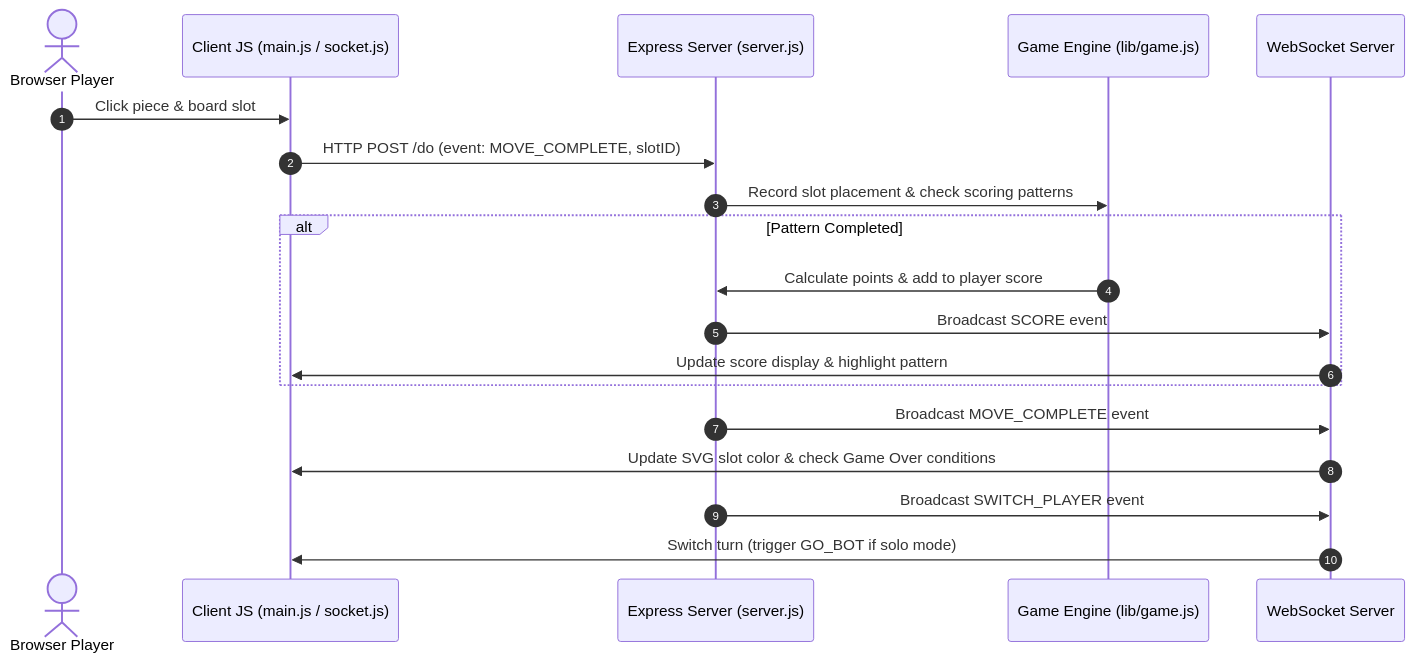
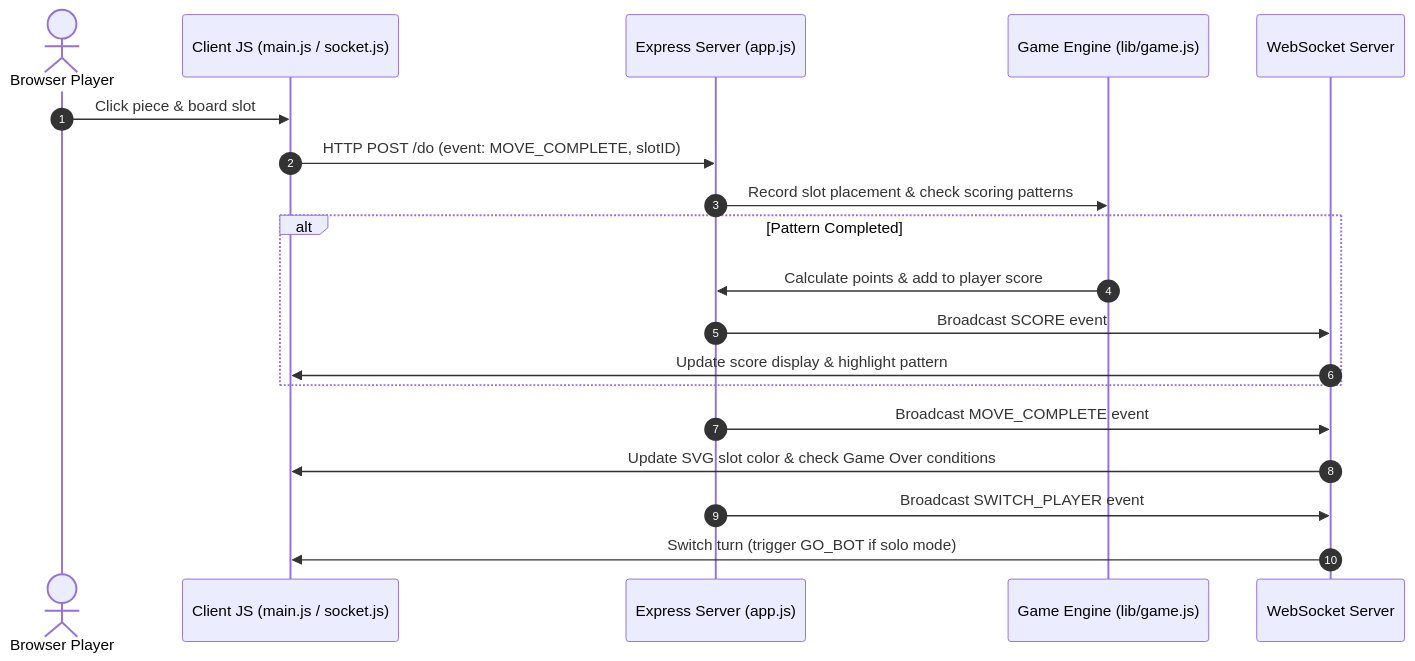
One commit to JasonVonKrueger/dvc changed the second of 2 diagrams in docs/architecture.md. Above: the diagram before and after it, drawn with Mermaid. The commit also changed other lines of this file and 19 other files, not shown here.

````diff
--- a/docs/architecture.md
+++ b/docs/architecture.md
@@ -64,22 +64,22 @@
 ```mermaid
 sequenceDiagram
     autonumber
     actor Player as Browser Player
     participant Client as Client JS (main.js / socket.js)
-    participant Server as Express Server (server.js)
+    participant Server as Express Server (app.js)
     participant Game as Game Engine (lib/game.js)
     participant WS as WebSocket Server
 
     Player->>Client: Click piece & board slot
     Client->>Server: HTTP POST /do (event: MOVE_COMPLETE, slotID)
     Server->>Game: Record slot placement & check scoring patterns
     alt Pattern Completed
         Game->>Server: Calculate points & add to player score
         Server->>WS: Broadcast SCORE event
         WS->>Client: Update score display & highlight pattern
     end
     Server->>WS: Broadcast MOVE_COMPLETE event
     WS->>Client: Update SVG slot color & check Game Over conditions
     Server->>WS: Broadcast SWITCH_PLAYER event
     WS->>Client: Switch turn (trigger GO_BOT if solo mode)
 ```
````
